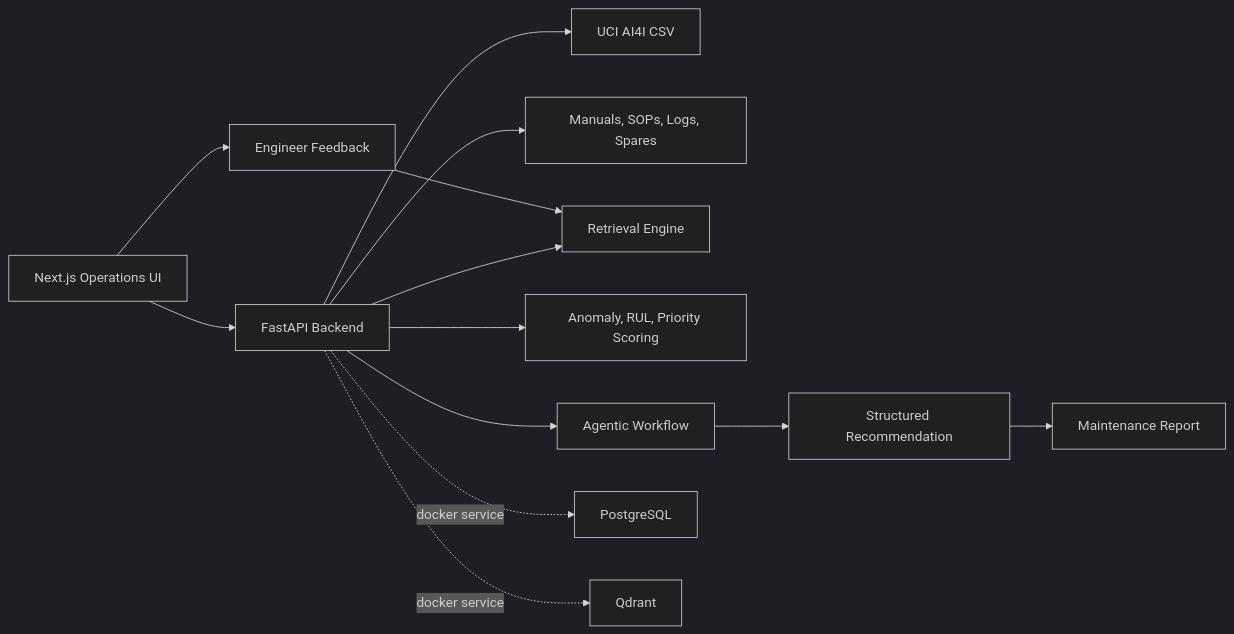
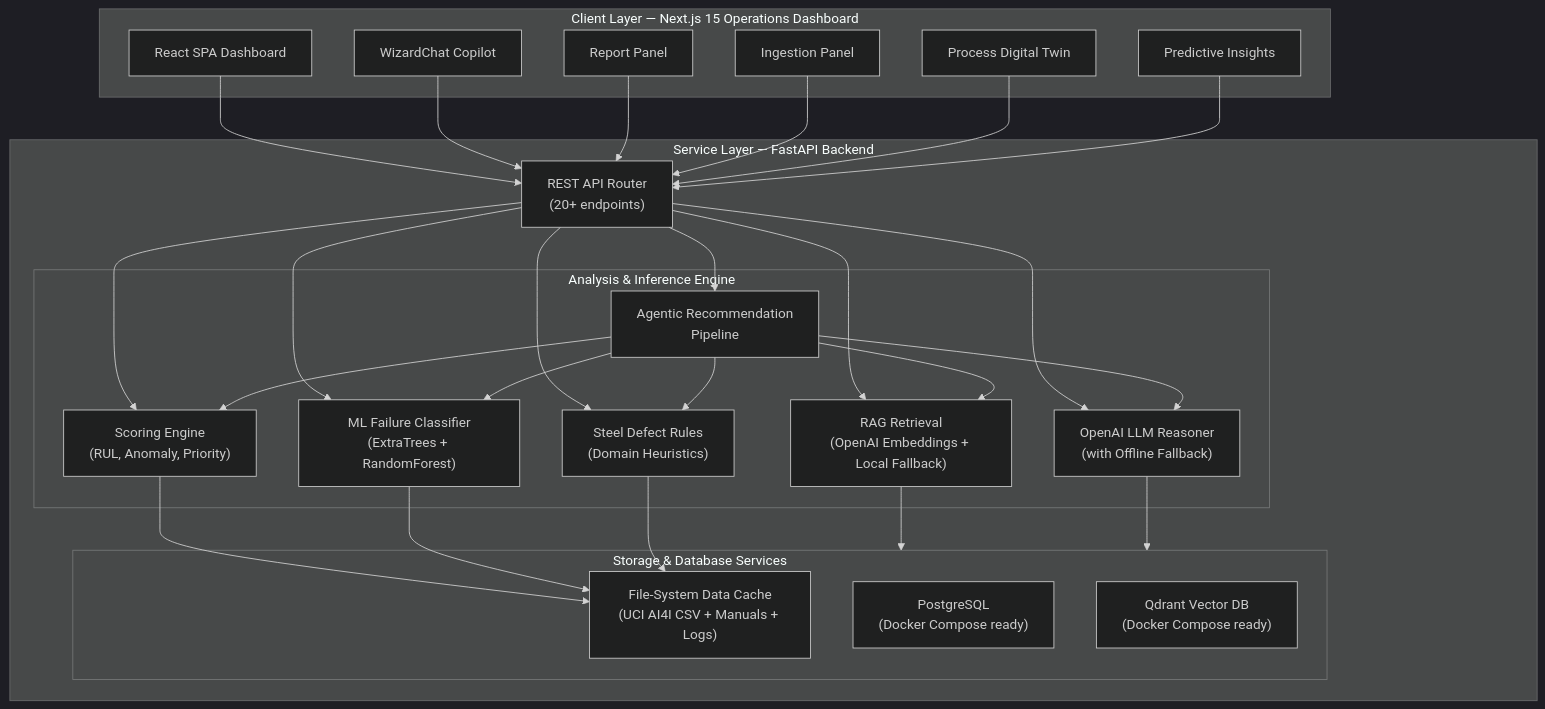
The diagram in README.md (MoAftaab/steelguardai), drawn with Mermaid (dark theme) before and after one commit. The commit also changed other lines of this file and 23 other files, not shown here.

Commit message:
docs: update README with comprehensive system guide, features, ML insights and system architecture diagram

````diff
--- a/README.md
+++ b/README.md
@@ -45,15 +89,42 @@
 ```mermaid
-flowchart LR
-    UI["Next.js Operations UI"] --> API["FastAPI Backend"]
-    API --> Dataset["UCI AI4I CSV"]
-    API --> Files["Manuals, SOPs, Logs, Spares"]
-    API --> RAG["Retrieval Engine"]
-    API --> Score["Anomaly, RUL, Priority Scoring"]
-    API --> Agent["Agentic Workflow"]
-    Agent --> Rec["Structured Recommendation"]
-    Rec --> Report["Maintenance Report"]
-    UI --> Feedback["Engineer Feedback"]
-    Feedback --> RAG
-    API -. docker service .-> PG["PostgreSQL"]
-    API -. docker service .-> QD["Qdrant"]
+flowchart TB
+    subgraph Frontend ["Client Layer — Next.js 15 Operations Dashboard"]
+        UI["React SPA Dashboard"]
+        WC["WizardChat Copilot"]
+        RP["Report Panel"]
+        IP["Ingestion Panel"]
+        PT["Process Digital Twin"]
+        PI["Predictive Insights"]
+    end
+
+    subgraph Backend ["Service Layer — FastAPI Backend"]
+        API["REST API Router<br/>(20+ endpoints)"]
+        
+        subgraph Engine ["Analysis & Inference Engine"]
+            SC["Scoring Engine<br/>(RUL, Anomaly, Priority)"]
+            ML["ML Failure Classifier<br/>(ExtraTrees + RandomForest)"]
+            DF["Steel Defect Rules<br/>(Domain Heuristics)"]
+            RAG["RAG Retrieval<br/>(OpenAI Embeddings + Local Fallback)"]
+            LLM["OpenAI LLM Reasoner<br/>(with Offline Fallback)"]
+            AG["Agentic Recommendation<br/>Pipeline"]
+        end
+        
+        subgraph Storage ["Storage & Database Services"]
+            FS["File-System Data Cache<br/>(UCI AI4I CSV + Manuals + Logs)"]
+            DB["PostgreSQL<br/>(Docker Compose ready)"]
+            VecDB["Qdrant Vector DB<br/>(Docker Compose ready)"]
+        end
+    end
+
+    UI --> API
+    WC --> API
+    RP --> API
+    IP --> API
+    PT --> API
+    PI --> API
+
+    API --> SC & ML & DF & RAG & LLM & AG
+    RAG & LLM --> Storage
+    SC & ML & DF --> FS
+    AG --> SC & ML & DF & RAG & LLM
 ```
````
